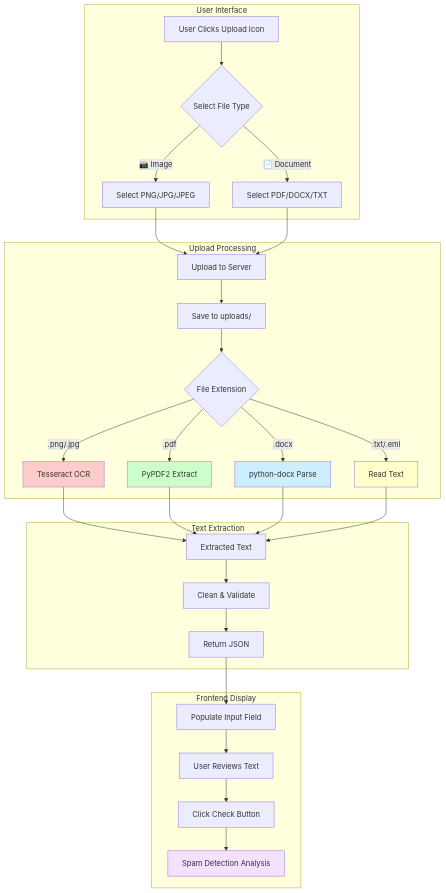
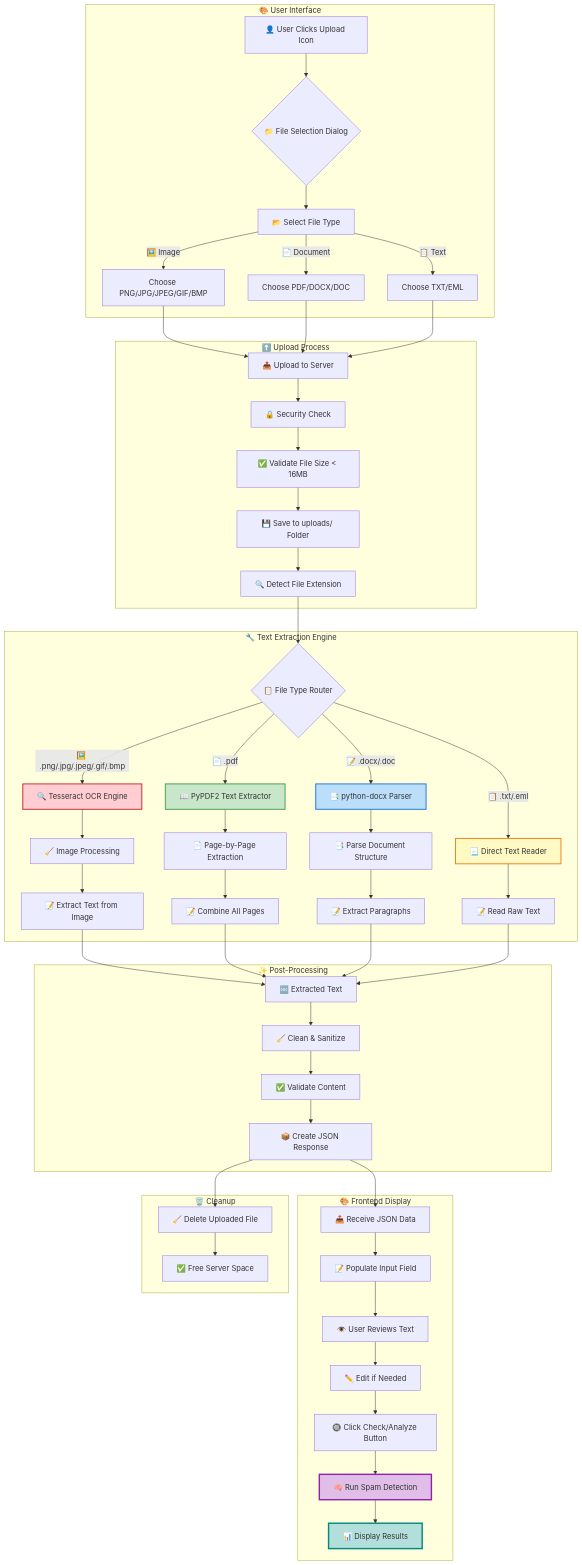
Before and after one commit to ubvc04/Spam-Detection: diagram 11 of 20 in README.md, drawn with Mermaid. The commit also changed other lines of this file and 3 other files, not shown here.

````diff
--- a/README.md
+++ b/README.md
@@ -260,42 +620,71 @@
 ```mermaid
 graph TB
-    subgraph "User Interface"
-        A[User Clicks Upload Icon]
-        A --> B{Select File Type}
-        B -->|📸 Image| C[Select PNG/JPG/JPEG]
-        B -->|📄 Document| D[Select PDF/DOCX/TXT]
+    subgraph "🎨 User Interface"
+        A[👤 User Clicks Upload Icon] --> B{📁 File Selection Dialog}
+        B --> C[📂 Select File Type]
+        C -->|🖼️ Image| D[Choose PNG/JPG/JPEG/GIF/BMP]
+        C -->|📄 Document| E[Choose PDF/DOCX/DOC]
+        C -->|📋 Text| F[Choose TXT/EML]
     end
     
-    subgraph "Upload Processing"
-        C --> E[Upload to Server]
-        D --> E
-        E --> F[Save to uploads/]
-        F --> G{File Extension}
-        G -->|.png/.jpg| H[Tesseract OCR]
-        G -->|.pdf| I[PyPDF2 Extract]
-        G -->|.docx| J[python-docx Parse]
-        G -->|.txt/.eml| K[Read Text]
+    subgraph "⬆️ Upload Process"
+        D --> G[📤 Upload to Server]
+        E --> G
+        F --> G
+        G --> H[🔒 Security Check]
+        H --> I[✅ Validate File Size < 16MB]
+        I --> J[💾 Save to uploads/ Folder]
+        J --> K[🔍 Detect File Extension]
     end
     
-    subgraph "Text Extraction"
-        H --> L[Extracted Text]
-        I --> L
-        J --> L
-        K --> L
-        L --> M[Clean & Validate]
-        M --> N[Return JSON]
+    subgraph "🔧 Text Extraction Engine"
+        K --> L{📋 File Type Router}
+        L -->|🖼️ .png/.jpg/.jpeg/.gif/.bmp| M[🔍 Tesseract OCR Engine]
+        L -->|📄 .pdf| N[📖 PyPDF2 Text Extractor]
+        L -->|📝 .docx/.doc| O[📑 python-docx Parser]
+        L -->|📋 .txt/.eml| P[📃 Direct Text Reader]
+        
+        M --> Q[🧹 Image Processing]
+        Q --> R[📝 Extract Text from Image]
+        
+        N --> S[📄 Page-by-Page Extraction]
+        S --> T[📝 Combine All Pages]
+        
+        O --> U[📑 Parse Document Structure]
+        U --> V[📝 Extract Paragraphs]
+        
+        P --> W[📝 Read Raw Text]
     end
     
-    subgraph "Frontend Display"
-        N --> O[Populate Input Field]
-        O --> P[User Reviews Text]
-        P --> Q[Click Check Button]
-        Q --> R[Spam Detection Analysis]
+    subgraph "✨ Post-Processing"
+        R --> X[🔤 Extracted Text]
+        T --> X
+        V --> X
+        W --> X
+        X --> Y[🧹 Clean & Sanitize]
+        Y --> Z[✅ Validate Content]
+        Z --> AA[📦 Create JSON Response]
     end
     
-    style H fill:#ffcccc
-    style I fill:#ccffcc
-    style J fill:#cceeff
-    style K fill:#ffffcc
-    style R fill:#f3e1ff
+    subgraph "🎨 Frontend Display"
+        AA --> AB[📥 Receive JSON Data]
+        AB --> AC[📝 Populate Input Field]
+        AC --> AD[👁️ User Reviews Text]
+        AD --> AE[✏️ Edit if Needed]
+        AE --> AF[🔘 Click Check/Analyze Button]
+        AF --> AG[🧠 Run Spam Detection]
+        AG --> AH[📊 Display Results]
+    end
+    
+    subgraph "🗑️ Cleanup"
+        AA --> AI[🧹 Delete Uploaded File]
+        AI --> AJ[✅ Free Server Space]
+    end
+    
+    style M fill:#ffcdd2,stroke:#c62828,stroke-width:2px
+    style N fill:#c8e6c9,stroke:#43a047,stroke-width:2px
+    style O fill:#bbdefb,stroke:#1976d2,stroke-width:2px
+    style P fill:#fff9c4,stroke:#f57f17,stroke-width:2px
+    style AG fill:#e1bee7,stroke:#8e24aa,stroke-width:3px
+    style AH fill:#b2dfdb,stroke:#00897b,stroke-width:3px
 ```
````
